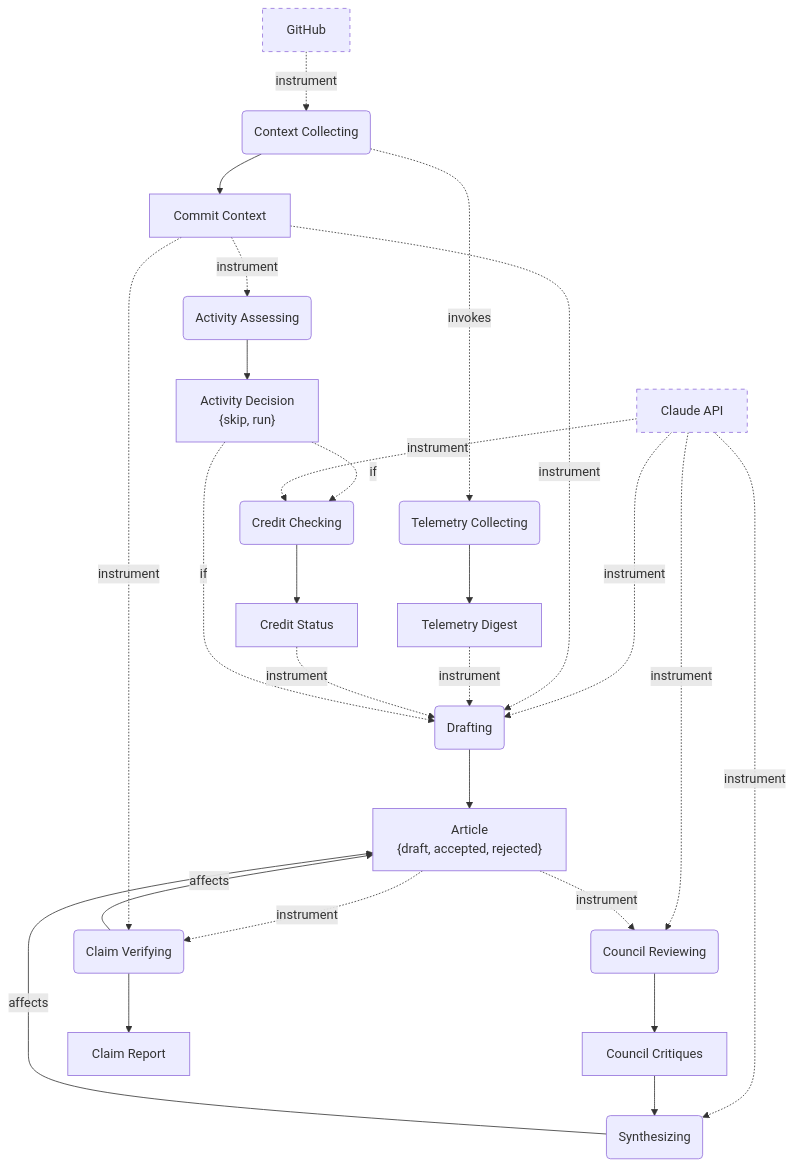
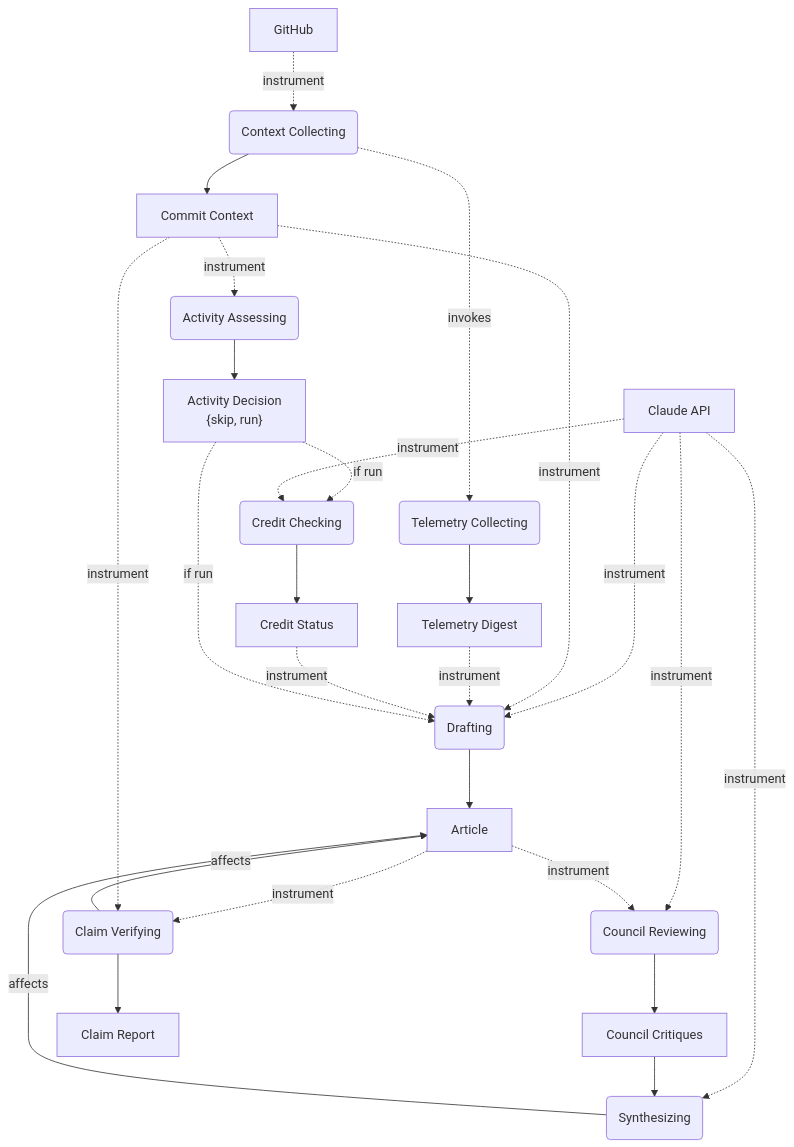
One commit to ojfbot/daily-logger changed the second of 2 diagrams in opm/system.md. Above: the diagram before and after it, drawn with Mermaid. The commit also changed other lines of this file and 8 other files, not shown here.

````diff
--- a/opm/system.md
+++ b/opm/system.md
@@ -45,50 +68,47 @@
 ```mermaid
 flowchart TD
-  GitHub[GitHub]
-  ClaudeAPI[Claude API]
-  CommitContext[Commit Context]
-  TelemetryDigest[Telemetry Digest]
   ActivityDecision["Activity Decision<br/>{skip, run}"]
-  CreditStatus[Credit Status]
-  Article["Article<br/>{draft, accepted, rejected}"]
-  CouncilCritiques[Council Critiques]
-  ClaimReport[Claim Report]
+  GitHub["GitHub"]
+  ContextCollecting("Context Collecting")
+  TelemetryCollecting("Telemetry Collecting")
+  CommitContext["Commit Context"]
+  TelemetryDigest["Telemetry Digest"]
+  ActivityAssessing("Activity Assessing")
+  CreditChecking("Credit Checking")
+  ClaudeAPI["Claude API"]
+  CreditStatus["Credit Status"]
+  Drafting("Drafting")
+  Article["Article"]
+  CouncilReviewing("Council Reviewing")
+  CouncilCritiques["Council Critiques"]
+  Synthesizing("Synthesizing")
+  ClaimVerifying("Claim Verifying")
+  ClaimReport["Claim Report"]
 
-  ContextCollecting(Context Collecting)
-  TelemetryCollecting(Telemetry Collecting)
-  ActivityAssessing(Activity Assessing)
-  CreditChecking(Credit Checking)
-  Drafting(Drafting)
-  CouncilReviewing(Council Reviewing)
-  Synthesizing(Synthesizing)
-  ClaimVerifying(Claim Verifying)
-
-  style GitHub stroke-dasharray: 5 5
-  style ClaudeAPI stroke-dasharray: 5 5
 
   GitHub -. instrument .-> ContextCollecting
   ContextCollecting -. invokes .-> TelemetryCollecting
   ContextCollecting --> CommitContext
   TelemetryCollecting --> TelemetryDigest
   CommitContext -. instrument .-> ActivityAssessing
   ActivityAssessing --> ActivityDecision
-  ActivityDecision -. if .-> CreditChecking
+  ActivityDecision -. if run .-> CreditChecking
   ClaudeAPI -. instrument .-> CreditChecking
   CreditChecking --> CreditStatus
   ClaudeAPI -. instrument .-> Drafting
   CommitContext -. instrument .-> Drafting
   TelemetryDigest -. instrument .-> Drafting
   CreditStatus -. instrument .-> Drafting
-  ActivityDecision -. if .-> Drafting
+  ActivityDecision -. if run .-> Drafting
   Drafting --> Article
   ClaudeAPI -. instrument .-> CouncilReviewing
   Article -. instrument .-> CouncilReviewing
   CouncilReviewing --> CouncilCritiques
   ClaudeAPI -. instrument .-> Synthesizing
   CouncilCritiques --> Synthesizing
   Synthesizing -- affects --> Article
   Article -. instrument .-> ClaimVerifying
   CommitContext -. instrument .-> ClaimVerifying
   ClaimVerifying --> ClaimReport
   ClaimVerifying -- affects --> Article
 ```
````
